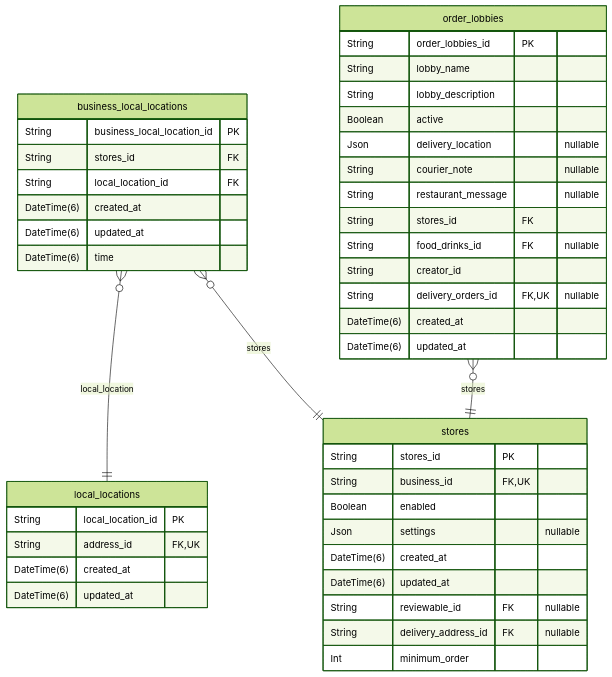
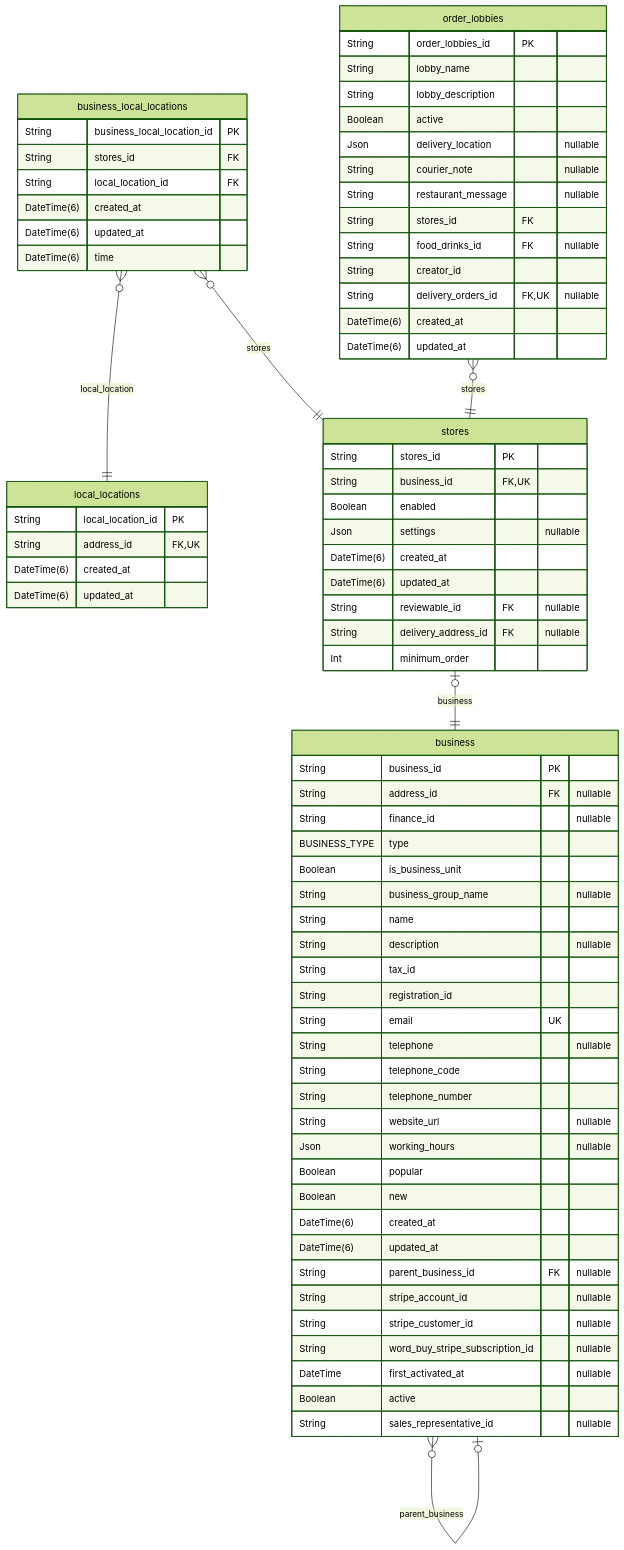
Diagram 21 of 37 in prisma/schemas/ERD.md (pbozic/be-analyisis), drawn with Mermaid (forest theme) before and after one commit. The commit also changed other lines of this file and 4 other files, not shown here.

Commit message:
feature: updated schemas with latest required changes

````diff
--- a/prisma/schemas/ERD.md
+++ b/prisma/schemas/ERD.md
@@ -4825,46 +5044,77 @@
 ```mermaid
 erDiagram
 "business_local_locations" {
   String business_local_location_id PK
   String stores_id FK
   String local_location_id FK
   DateTime(6) created_at
   DateTime(6) updated_at
   DateTime(6) time
 }
 "local_locations" {
   String local_location_id PK
   String address_id FK,UK
   DateTime(6) created_at
   DateTime(6) updated_at
 }
 "order_lobbies" {
   String order_lobbies_id PK
   String lobby_name
   String lobby_description
   Boolean active
   Json delivery_location "nullable"
   String courier_note "nullable"
   String restaurant_message "nullable"
   String stores_id FK
   String food_drinks_id FK "nullable"
   String creator_id
   String delivery_orders_id FK,UK "nullable"
   DateTime(6) created_at
   DateTime(6) updated_at
 }
+"business" {
+  String business_id PK
+  String address_id FK "nullable"
+  String finance_id "nullable"
+  BUSINESS_TYPE type
+  Boolean is_business_unit
+  String business_group_name "nullable"
+  String name
+  String description "nullable"
+  String tax_id
+  String registration_id
+  String email UK
+  String telephone "nullable"
+  String telephone_code
+  String telephone_number
+  String website_url "nullable"
+  Json working_hours "nullable"
+  Boolean popular
+  Boolean new
+  DateTime(6) created_at
+  DateTime(6) updated_at
+  String parent_business_id FK "nullable"
+  String stripe_account_id "nullable"
+  String stripe_customer_id "nullable"
+  String word_buy_stripe_subscription_id "nullable"
+  DateTime first_activated_at "nullable"
+  Boolean active
+  String sales_representative_id "nullable"
+}
 "stores" {
   String stores_id PK
   String business_id FK,UK
   Boolean enabled
   Json settings "nullable"
   DateTime(6) created_at
   DateTime(6) updated_at
   String reviewable_id FK "nullable"
   String delivery_address_id FK "nullable"
   Int minimum_order
 }
 "business_local_locations" }o--|| "local_locations" : local_location
 "business_local_locations" }o--|| "stores" : stores
 "order_lobbies" }o--|| "stores" : stores
+"business" }o--o| "business" : parent_business
+"stores" |o--|| "business" : business
 ```
````
